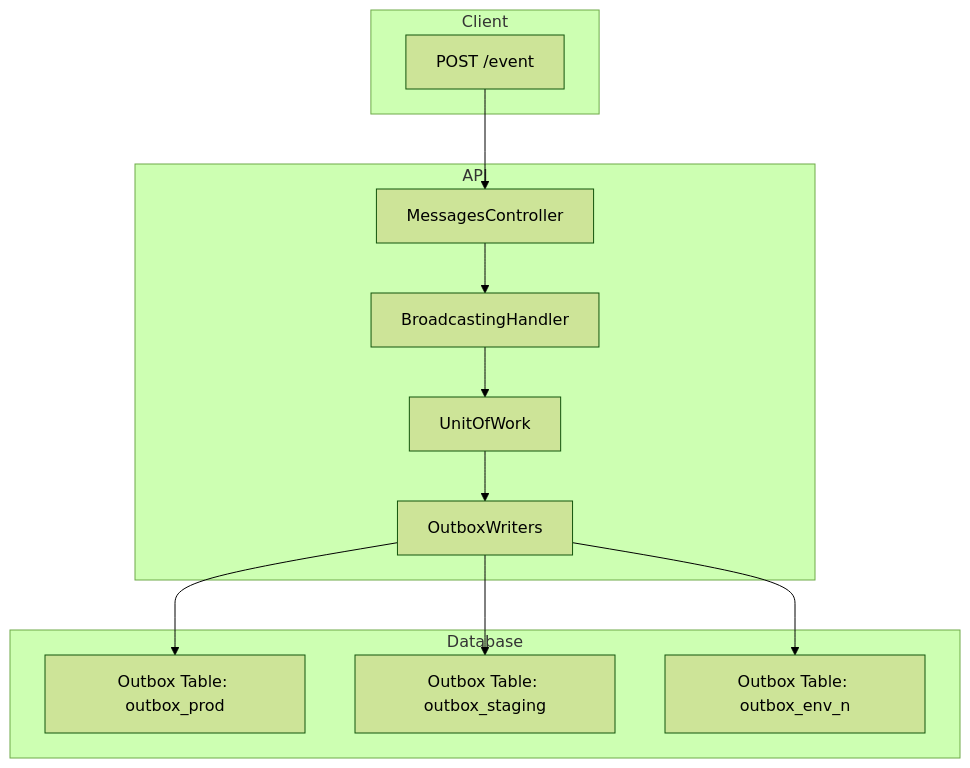
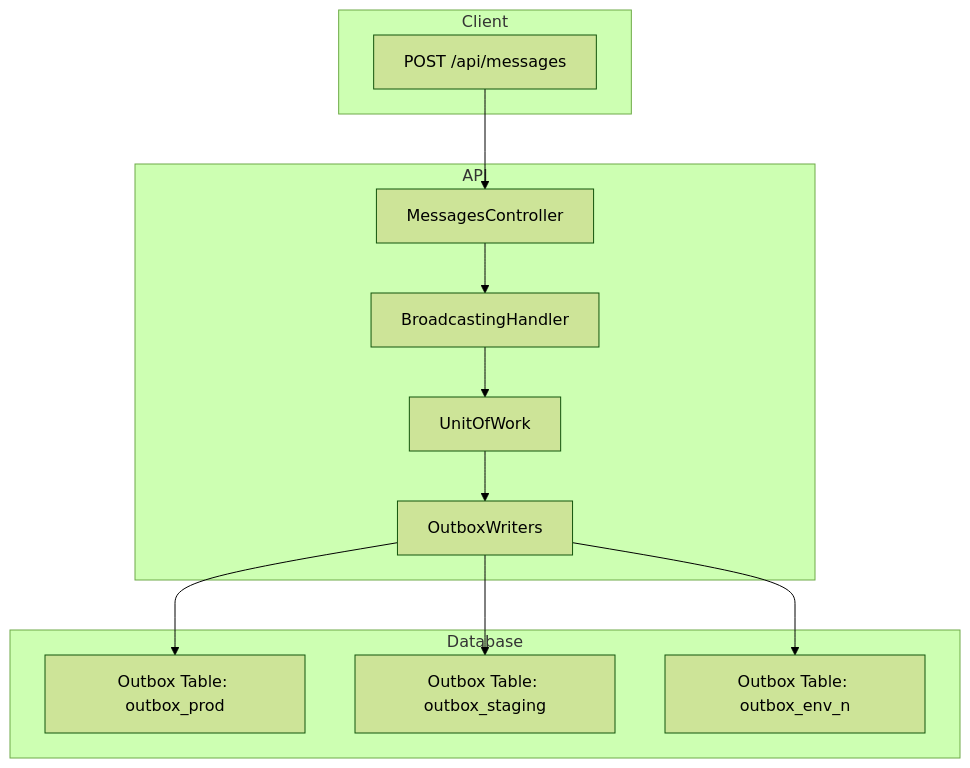
The diagram in README.md (ntulenev/HttpBroadcaster), drawn with Mermaid (forest theme) before and after one commit.

````diff
--- a/README.md
+++ b/README.md
@@ -4,24 +4,24 @@
 ```mermaid
 flowchart TD
     subgraph Client
-        A[POST /event]
+        A[POST /api/messages]
     end
 
     subgraph API
         B[MessagesController]
         C[BroadcastingHandler]
         D[UnitOfWork]
         E[OutboxWriters]
     end
 
     subgraph Database
         F1[Outbox Table: outbox_prod]
         F2[Outbox Table: outbox_staging]
         F3[Outbox Table: outbox_env_n]
     end
 
     A --> B --> C --> D --> E
     E --> F1
     E --> F2
     E --> F3
 ```
````
